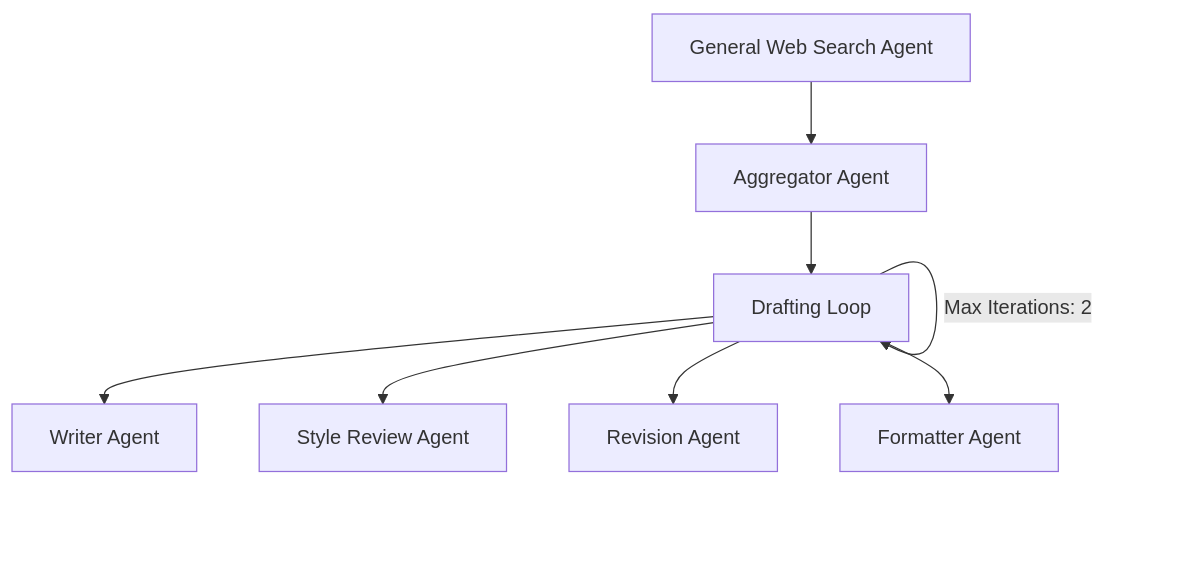
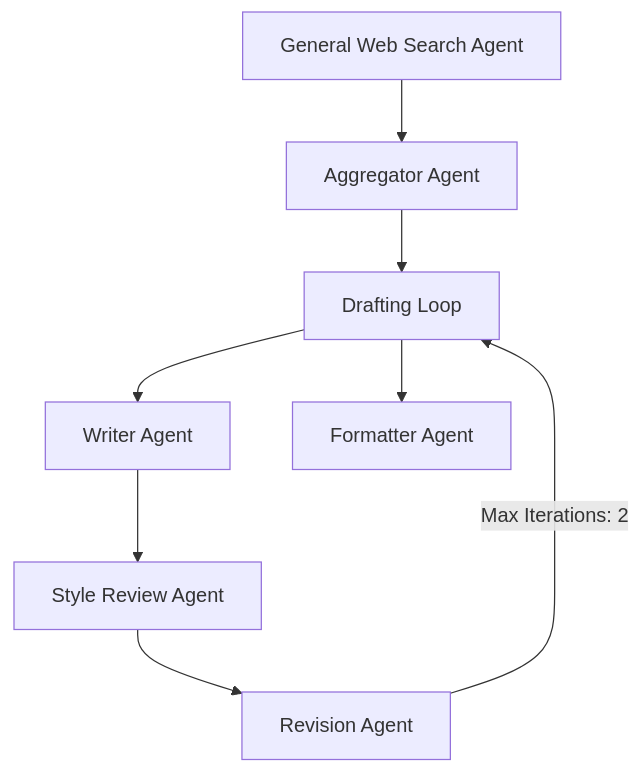
Before and after one commit to dibyendutapadar/article_writing_agent_adk: the diagram in README.md, drawn with Mermaid.

````diff
--- a/README.md
+++ b/README.md
@@ -13,10 +13,10 @@
 ```mermaid
 graph TD
     A[General Web Search Agent] --> B[Aggregator Agent]
     B --> C[Drafting Loop]
     C --> D[Writer Agent]
-    C --> E[Style Review Agent]
-    C --> F[Revision Agent]
-    C -->|Max Iterations: 2| C
+    D --> E[Style Review Agent]
+    E --> F[Revision Agent]
+    F -->|Max Iterations: 2| C
     C --> G[Formatter Agent]
 ```
````
